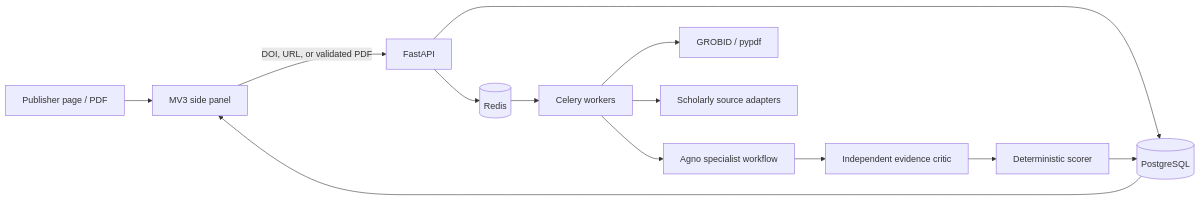
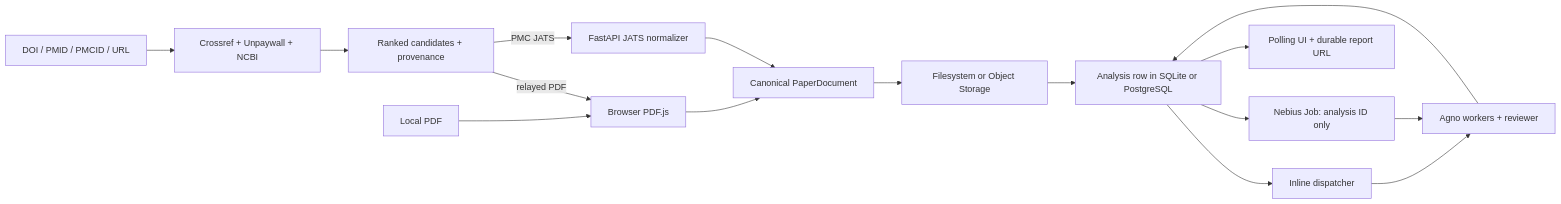
Before and after one commit to zakhar-kogan/sloppy-paper-checker: the diagram in docs/architecture.md, drawn with Mermaid. The commit also changed other lines of this file and 8 other files, not shown here.

Commit message:
chore(release): document architecture and verify all surfaces

````diff
--- a/docs/architecture.md
+++ b/docs/architecture.md
@@ -3,15 +3,18 @@
 ```mermaid
 flowchart LR
-  P["Publisher page / PDF"] --> E["MV3 side panel"]
-  E -->|"DOI, URL, or validated PDF"| A["FastAPI"]
-  A --> DB[("PostgreSQL")]
-  A --> Q[("Redis")]
-  Q --> W["Celery workers"]
-  W --> G["GROBID / pypdf"]
-  W --> S["Scholarly source adapters"]
-  W --> AG["Agno specialist workflow"]
-  AG --> C["Independent evidence critic"]
-  C --> D["Deterministic scorer"]
-  D --> DB
-  DB --> E
+  U["DOI / PMID / PMCID / URL"] --> R["Crossref + Unpaywall + NCBI"]
+  R --> C["Ranked candidates + provenance"]
+  C -->|"relayed PDF"| P["Browser PDF.js"]
+  L["Local PDF"] --> P
+  C -->|"PMC JATS"| J["FastAPI JATS normalizer"]
+  P --> D["Canonical PaperDocument"]
+  J --> D
+  D --> O["Filesystem or Object Storage"]
+  O --> A["Analysis row in SQLite or PostgreSQL"]
+  A --> I["Inline dispatcher"]
+  A --> N["Nebius Job: analysis ID only"]
+  I --> G["Agno workers + reviewer"]
+  N --> G
+  G --> A
+  A --> W["Polling UI + durable report URL"]
 ```
````
